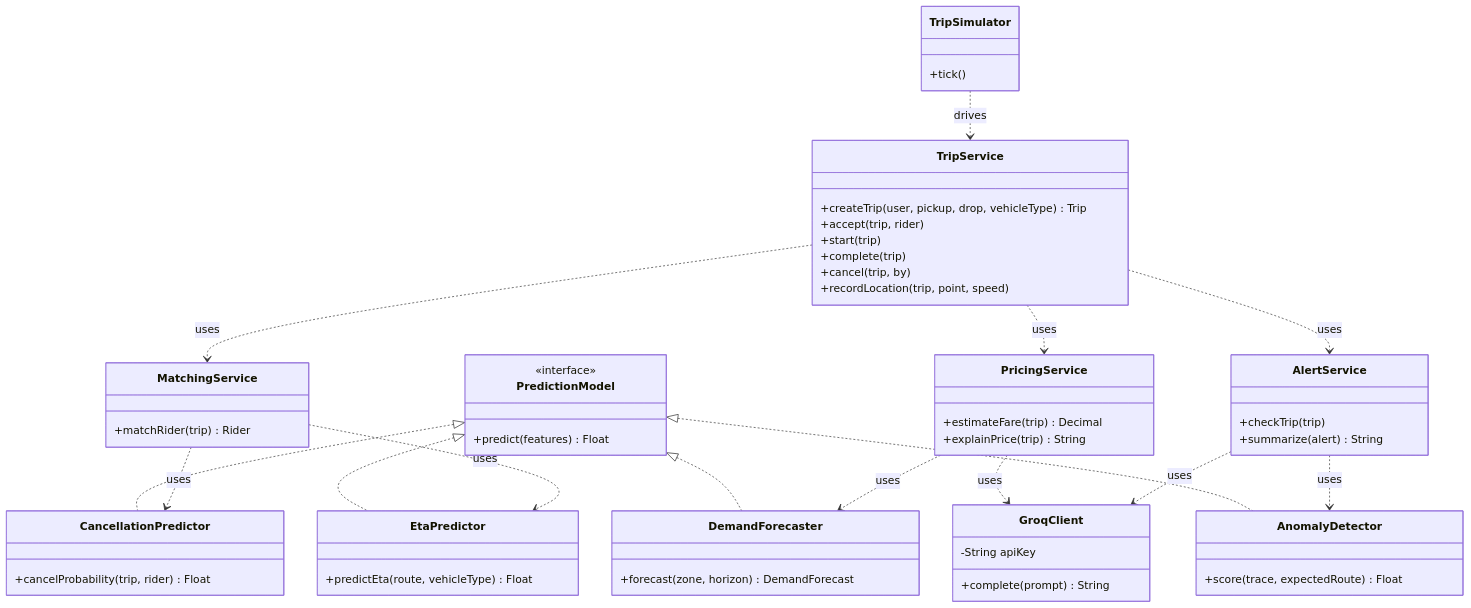
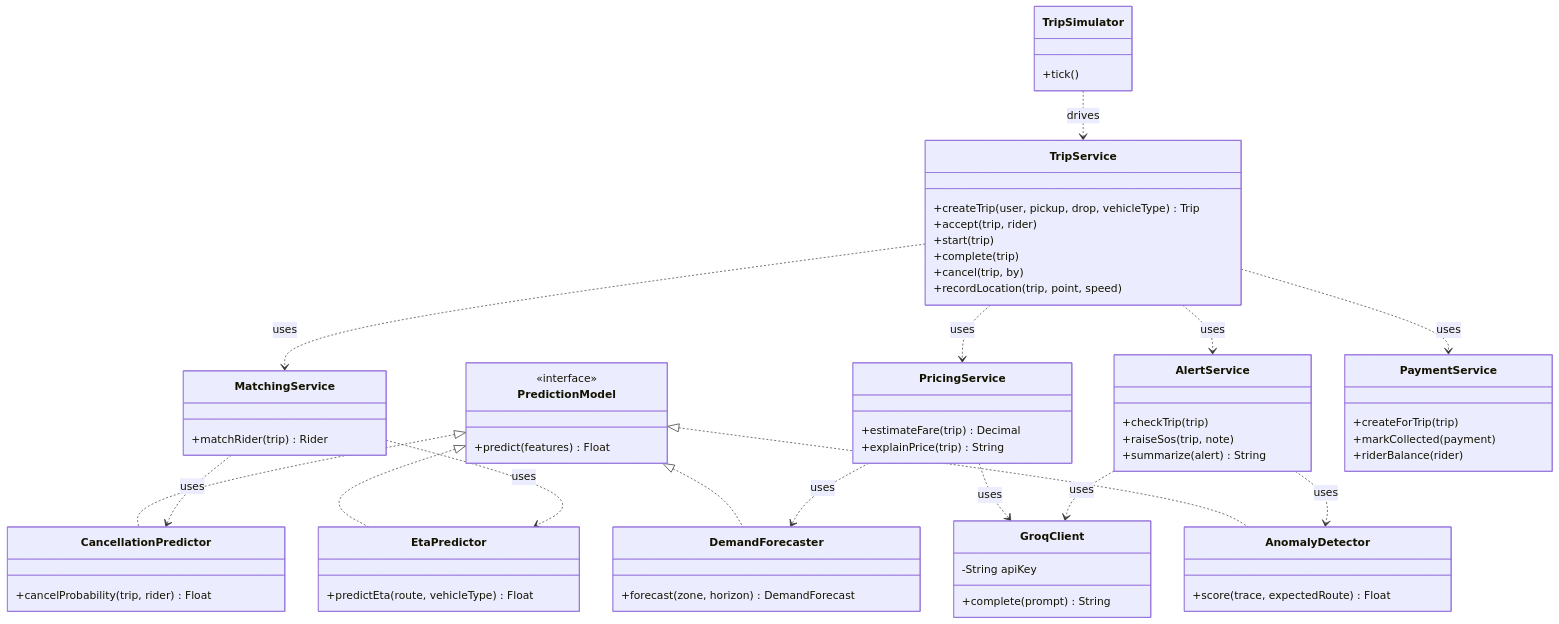
The sixth of 6 diagrams in Docs/Project Proposal.md (TanvirMahmudTushar/Deep-Learning-Based-Ride-Sharing-System), drawn with Mermaid before and after one commit. The commit also changed other lines of this file and 21 other files, not shown here.

````diff
--- a/Docs/Project Proposal.md
+++ b/Docs/Project Proposal.md
@@ -508,60 +603,67 @@
 ```mermaid
 classDiagram
     direction TB
     class PredictionModel {
         <<interface>>
         +predict(features) Float
     }
     class DemandForecaster {
         +forecast(zone, horizon) DemandForecast
     }
     class EtaPredictor {
         +predictEta(route, vehicleType) Float
     }
     class CancellationPredictor {
         +cancelProbability(trip, rider) Float
     }
     class AnomalyDetector {
         +score(trace, expectedRoute) Float
     }
     class MatchingService {
         +matchRider(trip) Rider
     }
     class PricingService {
         +estimateFare(trip) Decimal
         +explainPrice(trip) String
     }
     class AlertService {
         +checkTrip(trip)
+        +raiseSos(trip, note)
         +summarize(alert) String
+    }
+    class PaymentService {
+        +createForTrip(trip)
+        +markCollected(payment)
+        +riderBalance(rider)
     }
     class GroqClient {
         -String apiKey
         +complete(prompt) String
     }
     class TripService {
         +createTrip(user, pickup, drop, vehicleType) Trip
         +accept(trip, rider)
         +start(trip)
         +complete(trip)
         +cancel(trip, by)
         +recordLocation(trip, point, speed)
     }
     class TripSimulator {
         +tick()
     }
     PredictionModel <|.. DemandForecaster
     PredictionModel <|.. EtaPredictor
     PredictionModel <|.. CancellationPredictor
     PredictionModel <|.. AnomalyDetector
     MatchingService ..> CancellationPredictor : uses
     MatchingService ..> EtaPredictor : uses
     PricingService ..> DemandForecaster : uses
     PricingService ..> GroqClient : uses
     AlertService ..> AnomalyDetector : uses
     AlertService ..> GroqClient : uses
     TripService ..> MatchingService : uses
     TripService ..> PricingService : uses
     TripService ..> AlertService : uses
+    TripService ..> PaymentService : uses
     TripSimulator ..> TripService : drives
 ```
````
